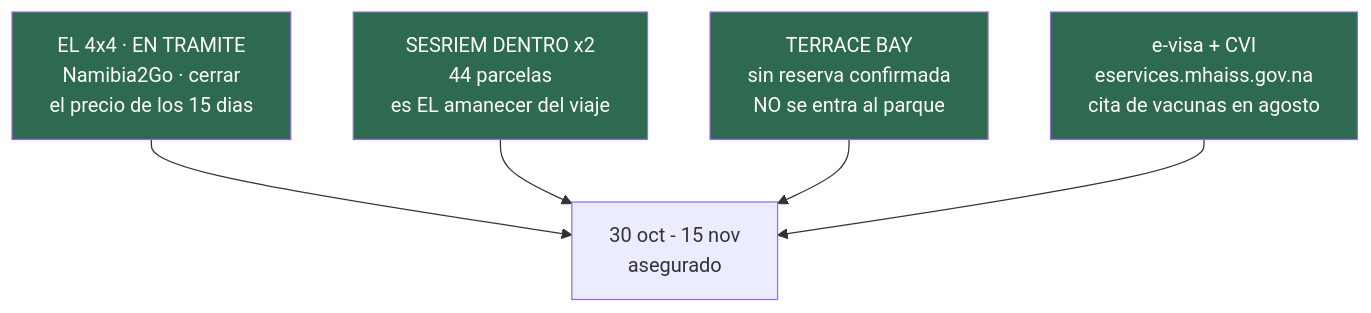
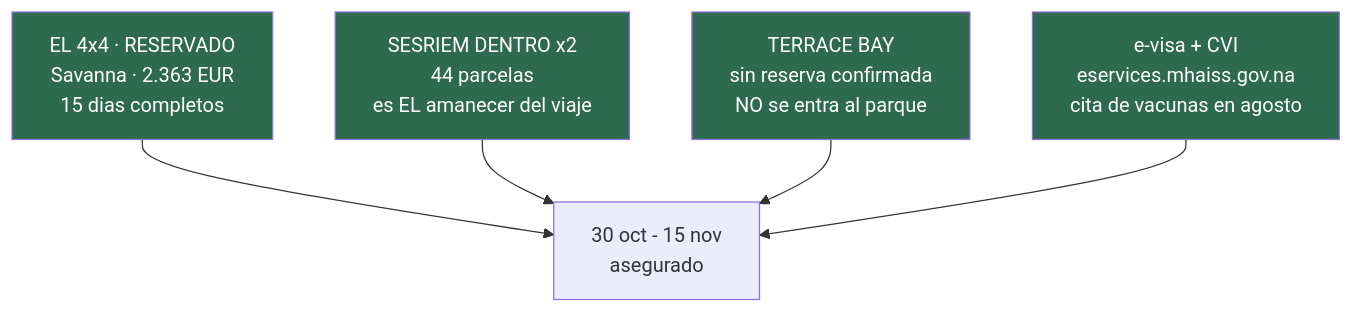
One commit to morandeirachema/namibia changed the fourth of 6 diagrams in README.md. Above: the diagram before and after it, drawn with Mermaid. The commit also changed other lines of this file and 14 other files, not shown here.

````diff
--- a/README.md
+++ b/README.md
@@ -399,15 +369,15 @@
 ```mermaid
 flowchart TD
-    A["EL 4x4 · EN TRAMITE<br/>Namibia2Go · cerrar<br/>el precio de los 15 dias"]
+    A["EL 4x4 · RESERVADO<br/>Savanna · 2.363 EUR<br/>15 dias completos"]
     B["SESRIEM DENTRO x2<br/>44 parcelas<br/>es EL amanecer del viaje"]
     C["TERRACE BAY<br/>sin reserva confirmada<br/>NO se entra al parque"]
     D["e-visa + CVI<br/>eservices.mhaiss.gov.na<br/>cita de vacunas en agosto"]
     A --> E["30 oct - 15 nov<br/>asegurado"]
     B --> E
     C --> E
     D --> E
     style A fill:#2d6a4f,color:#fff
     style B fill:#2d6a4f,color:#fff
     style C fill:#2d6a4f,color:#fff
     style D fill:#2d6a4f,color:#fff
 ```
````
